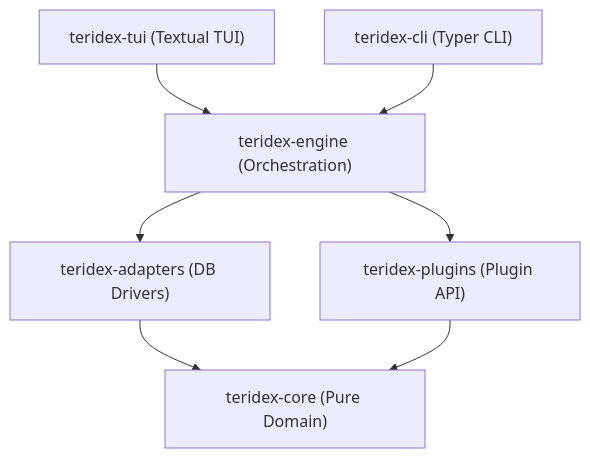
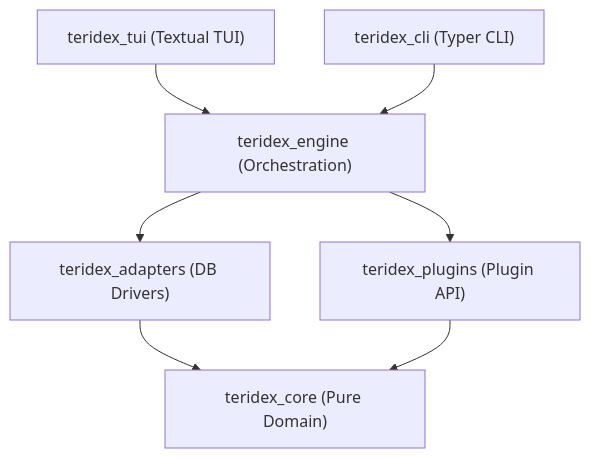
One commit to salvatorecorvaglia/teridex changed the diagram in CONTRIBUTING.md. Above: the diagram before and after it, drawn with Mermaid. The commit also changed other lines of this file and 20 other files, not shown here.

````diff
--- a/CONTRIBUTING.md
+++ b/CONTRIBUTING.md
@@ -51,16 +51,16 @@
 ```mermaid
 graph TD
-    core["teridex-core (Pure Domain)"]
-    adapters["teridex-adapters (DB Drivers)"]
-    plugins["teridex-plugins (Plugin API)"]
-    engine["teridex-engine (Orchestration)"]
-    tui["teridex-tui (Textual TUI)"]
-    cli["teridex-cli (Typer CLI)"]
+    core["teridex_core (Pure Domain)"]
+    adapters["teridex_adapters (DB Drivers)"]
+    plugins["teridex_plugins (Plugin API)"]
+    engine["teridex_engine (Orchestration)"]
+    tui["teridex_tui (Textual TUI)"]
+    cli["teridex_cli (Typer CLI)"]
 
     adapters --> core
     plugins --> core
     engine --> adapters
     engine --> plugins
     tui --> engine
     cli --> engine
 ```
````
